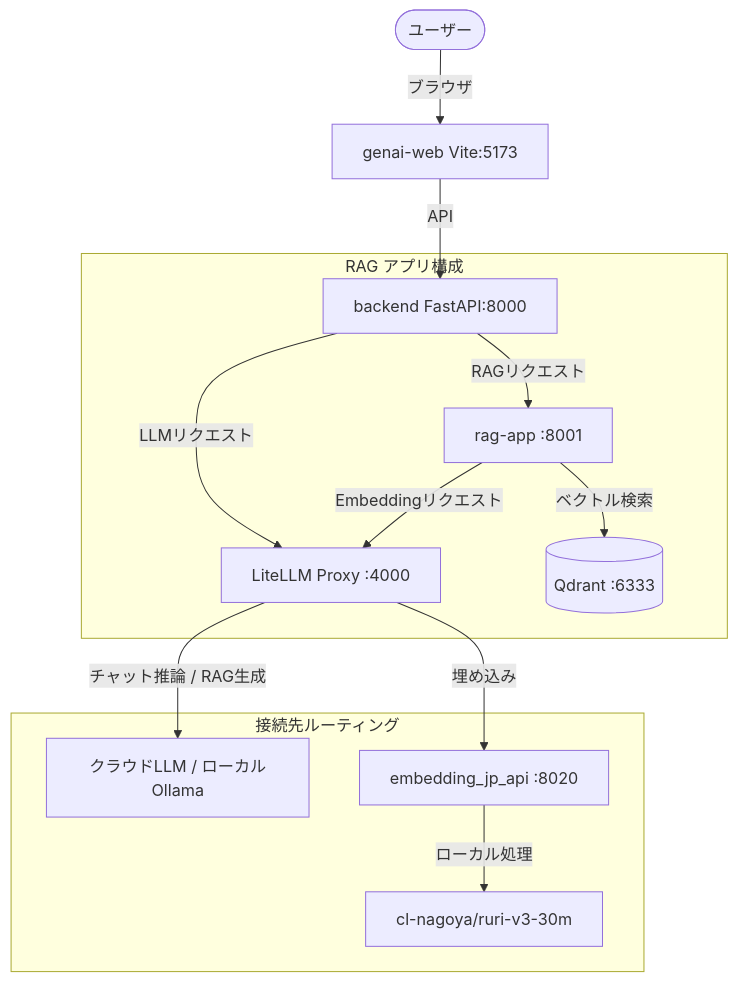
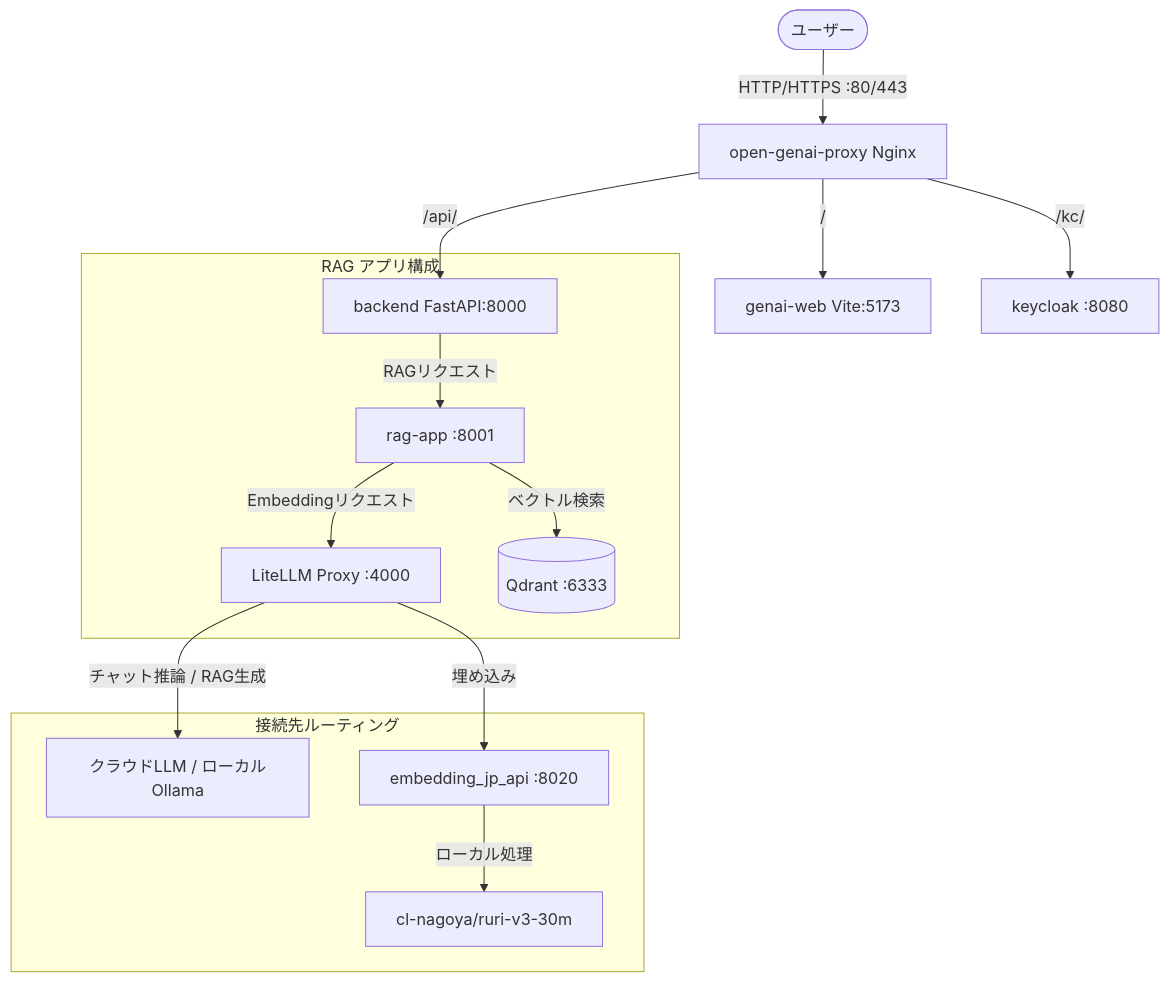
One commit to chottokun/open-genai changed the diagram in docs/hybrid-rag-guide.md. Above: the diagram before and after it, drawn with Mermaid. The commit also changed other lines of this file, not shown here.

Commit message:
docs: update architecture, public url guide, and security test section

````diff
--- a/docs/hybrid-rag-guide.md
+++ b/docs/hybrid-rag-guide.md
@@ -11,18 +11,19 @@
 ```mermaid
 graph TD
-    User([ユーザー]) -->|ブラウザ| Web[genai-web Vite:5173]
-    Web -->|API| Backend[backend FastAPI:8000]
-    Backend -->|LLMリクエスト| LiteLLM[LiteLLM Proxy :4000]
+    User([ユーザー]) -->|HTTP/HTTPS :80/443| Proxy[open-genai-proxy Nginx]
+    Proxy -->|/| Web[genai-web Vite:5173]
+    Proxy -->|/api/| Backend[backend FastAPI:8000]
+    Proxy -->|/kc/| Keycloak[keycloak :8080]
     
     subgraph RAG アプリ構成
         Backend -->|RAGリクエスト| RAG[rag-app :8001]
-        RAG -->|Embeddingリクエスト| LiteLLM
+        RAG -->|Embeddingリクエスト| LiteLLM[LiteLLM Proxy :4000]
         RAG -->|ベクトル検索| Qdrant[(Qdrant :6333)]
     end
 
     subgraph 接続先ルーティング
         LiteLLM -->|チャット推論 / RAG生成| Cloud[クラウドLLM / ローカルOllama]
         LiteLLM -->|埋め込み| EmbeddingAPI[embedding_jp_api :8020]
         EmbeddingAPI -->|ローカル処理| Ruri[cl-nagoya/ruri-v3-30m]
     end
 ```
````
